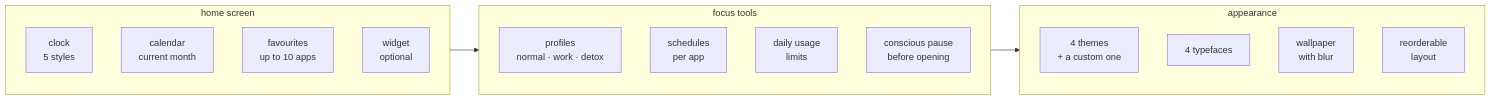
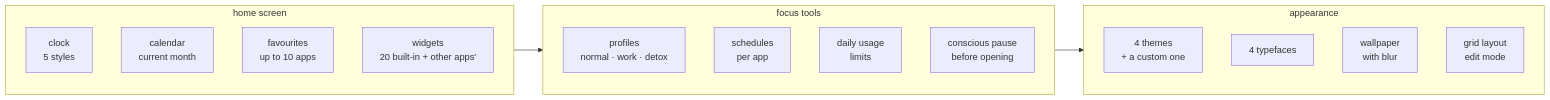
One commit to rezzt-dev/focusphone-app changed the diagram in documentation/en/users/01-what-is-focusphone.md. Above: the diagram before and after it, drawn with Mermaid. The commit also changed other lines of this file and 42 other files, not shown here.

````diff
--- a/documentation/en/users/01-what-is-focusphone.md
+++ b/documentation/en/users/01-what-is-focusphone.md
@@ -94,25 +94,25 @@
 ```mermaid
 flowchart LR
     subgraph SCREEN["home screen"]
         A1["clock<br>5 styles"]
         A2["calendar<br>current month"]
         A3["favourites<br>up to 10 apps"]
-        A4["widget<br>optional"]
+        A4["widgets<br>20 built-in + other apps'"]
     end
 
     subgraph FOCUS["focus tools"]
         B1["profiles<br>normal · work · detox"]
         B2["schedules<br>per app"]
         B3["daily usage<br>limits"]
         B4["conscious pause<br>before opening"]
     end
 
     subgraph LOOK["appearance"]
         C1["4 themes<br>+ a custom one"]
         C2["4 typefaces"]
         C3["wallpaper<br>with blur"]
-        C4["reorderable<br>layout"]
+        C4["grid layout<br>edit mode"]
     end
 
     SCREEN --> FOCUS --> LOOK
 ```
````
